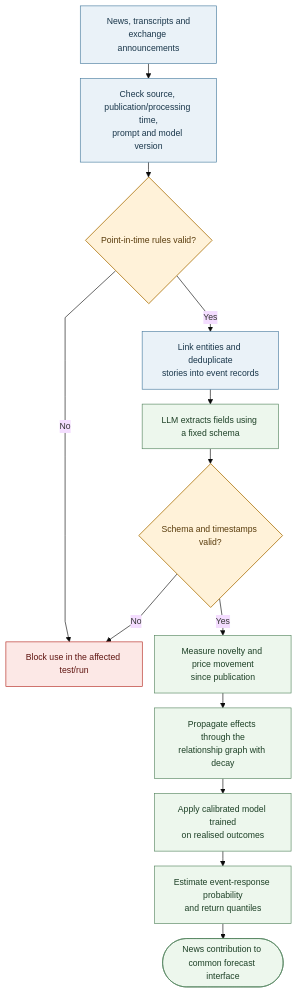
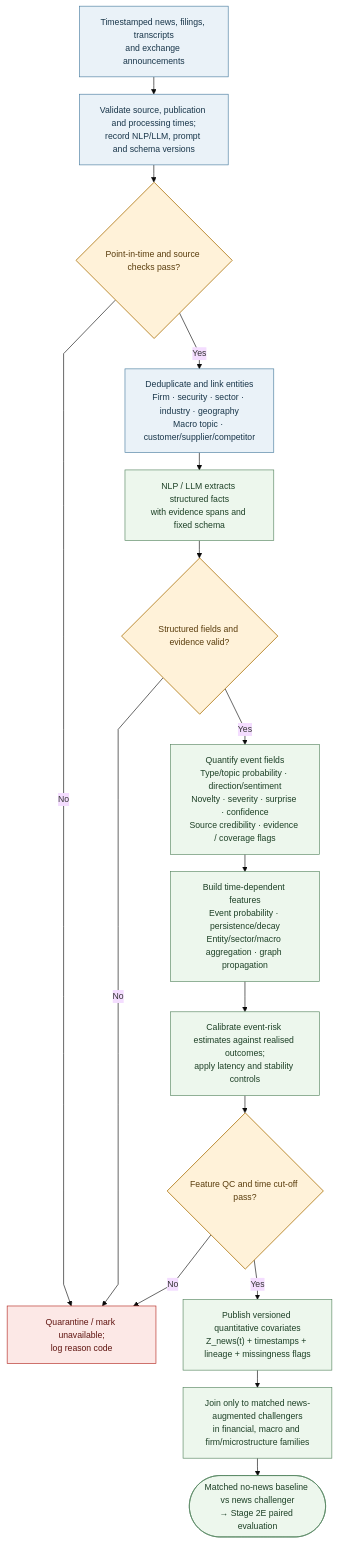
One commit to dannysilverio6-creator/AQP---LSEG changed diagram 11 of 17 in docs/AQP OVERVIEW.md. Above: the diagram before and after it, drawn with Mermaid. The commit also changed other lines of this file, not shown here.

````diff
--- a/docs/AQP OVERVIEW.md
+++ b/docs/AQP OVERVIEW.md
@@ -528,24 +723,27 @@
 ```mermaid
-%%{init: {"theme": "base", "flowchart": {"nodeSpacing": 20, "rankSpacing": 24, "wrappingWidth": 160, "diagramPadding": 24, "curve": "linear"}, "themeVariables": {"fontSize": "14px"}}}%%
+%%{init: {"theme": "base", "flowchart": {"nodeSpacing": 22, "rankSpacing": 28, "wrappingWidth": 180, "diagramPadding": 18, "curve": "linear"}, "themeVariables": {"fontSize": "14px"}}}%%
 flowchart TB
-    A["News, transcripts and<br/>exchange announcements"] --> B["Check source, publication/processing time,<br/>prompt and model version"]
-    B --> C{Point-in-time rules valid?}
-    C -->|No| X[Block use in the affected test/run]
-    C -->|Yes| D["Link entities and deduplicate<br/>stories into event records"]
-    D --> E["LLM extracts fields using a fixed schema"]
-    E --> F{Schema and timestamps valid?}
+    A["Timestamped news, filings, transcripts<br/>and exchange announcements"] --> B["Validate source, publication and processing times;<br/>record NLP/LLM, prompt and schema versions"]
+    B --> C{Point-in-time and source checks pass?}
+    C -->|No| X["Quarantine / mark unavailable;<br/>log reason code"]
+    C -->|Yes| D["Deduplicate and link entities<br/>Firm · security · sector · industry · geography<br/>Macro topic · customer/supplier/competitor"]
+    D --> E["NLP / LLM extracts structured facts<br/>with evidence spans and fixed schema"]
+    E --> F{Structured fields and evidence valid?}
     F -->|No| X
-    F -->|Yes| G["Measure novelty and price movement<br/>since publication"]
-    G --> H["Propagate effects through the<br/>relationship graph with decay"]
-    H --> I["Apply calibrated model trained<br/>on realised outcomes"]
-    I --> J["Estimate event-response probability<br/>and return quantiles"]
-    J --> K([News contribution to common forecast interface])
+    F -->|Yes| G["Quantify event fields<br/>Type/topic probability · direction/sentiment<br/>Novelty · severity · surprise · confidence<br/>Source credibility · evidence / coverage flags"]
+    G --> H["Build time-dependent features<br/>Event probability · persistence/decay<br/>Entity/sector/macro aggregation · graph propagation"]
+    H --> I["Calibrate event-risk estimates against realised outcomes;<br/>apply latency and stability controls"]
+    I --> J{Feature QC and time cut-off pass?}
+    J -->|No| X
+    J -->|Yes| K["Publish versioned quantitative covariates<br/>Z_news(t) + timestamps + lineage + missingness flags"]
+    K --> L["Join only to matched news-augmented challengers<br/>in financial, macro and firm/microstructure families"]
+    L --> M([Matched no-news baseline vs news challenger<br/>→ Stage 2E paired evaluation])
     classDef data fill:#eaf2f8,stroke:#477b9e,color:#19364a;
     classDef model fill:#edf7ed,stroke:#54845e,color:#1d4026;
     classDef gate fill:#fff2d9,stroke:#b9862b,color:#593c0c,stroke-width:1.5px;
     classDef stop fill:#fce8e6,stroke:#b3261e,color:#5f1410;
     class A,B,D data;
-    class E,G,H,I,J,K model;
-    class C,F gate;
+    class E,G,H,I,K,L,M model;
+    class C,F,J gate;
     class X stop;
 ```
````
